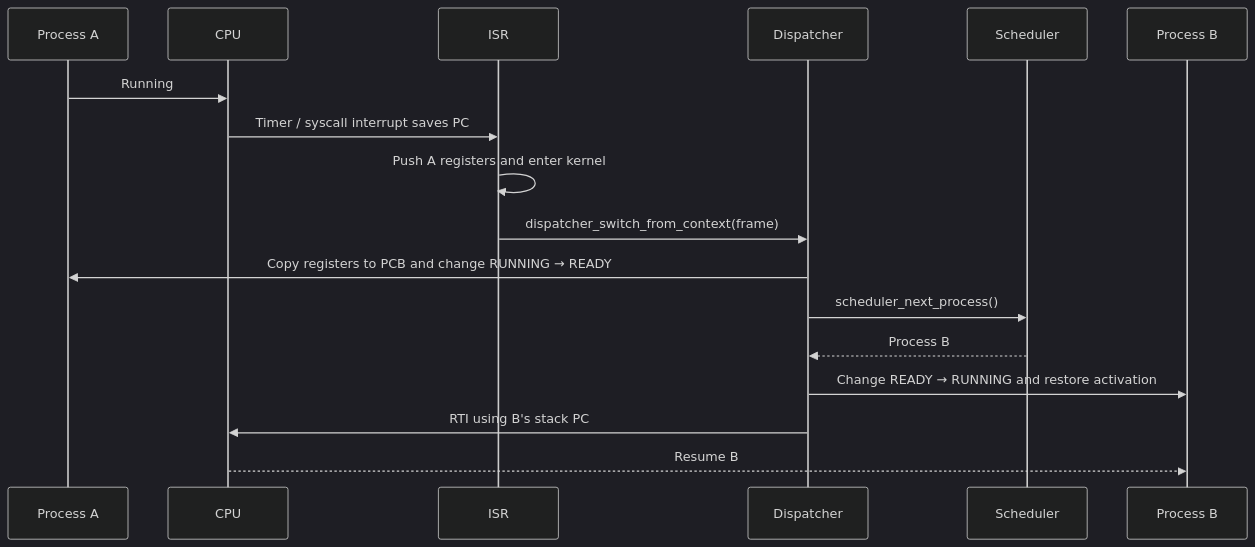
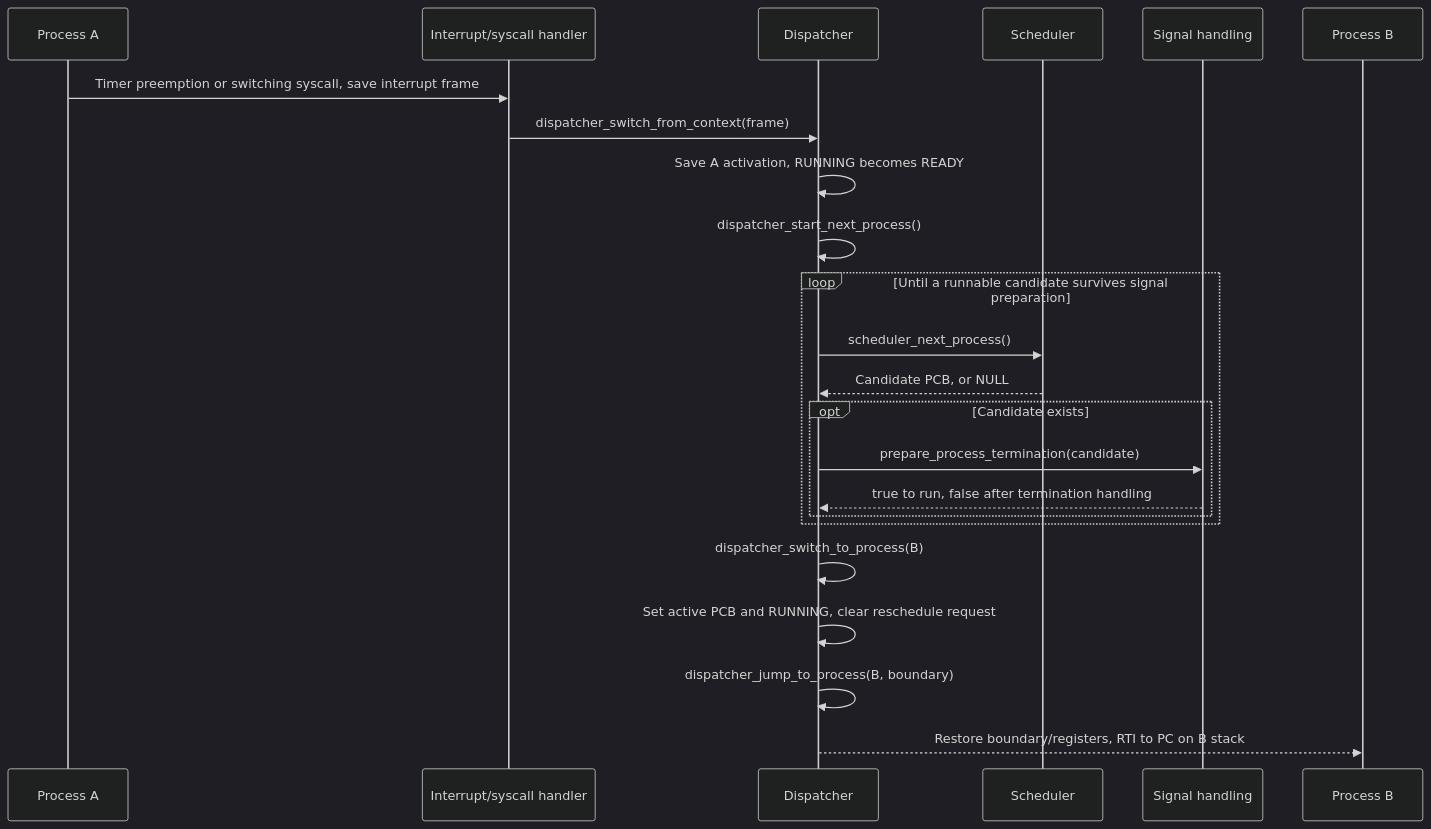
Diagram 16 of 30 in .source/Pico-OS-README.md (matthejue/Pico-OS_Presentation), drawn with Mermaid (dark theme) before and after one commit. The commit also changed other lines of this file and 10 other files, not shown here.

Commit message:
updated the PicoOS presentation to follow the refreshed README structure and content Added visual zoom support, Mermaid rendering, presentation validation, and source review documentation Refreshed presentation styling, metadata, source snapshots, and contributor instructions

````diff
--- a/.source/Pico-OS-README.md
+++ b/.source/Pico-OS-README.md
@@ -2088,20 +2438,26 @@
 ```mermaid
 sequenceDiagram
     participant A as Process A
-    participant CPU
-    participant ISR
+    participant I as Interrupt/syscall handler
     participant D as Dispatcher
     participant S as Scheduler
+    participant G as Signal handling
     participant B as Process B
 
-    A->>CPU: Running
-    CPU->>ISR: Timer / syscall interrupt saves PC
-    ISR->>ISR: Push A registers and enter kernel
-    ISR->>D: dispatcher_switch_from_context(frame)
-    D->>A: Copy registers to PCB and change RUNNING → READY
-    D->>S: scheduler_next_process()
-    S-->>D: Process B
-    D->>B: Change READY → RUNNING and restore activation
-    D->>CPU: RTI using B's stack PC
-    CPU-->>B: Resume B
+    A->>I: Timer preemption or switching syscall, save interrupt frame
+    I->>D: dispatcher_switch_from_context(frame)
+    D->>D: Save A activation, RUNNING becomes READY
+    D->>D: dispatcher_start_next_process()
+    loop Until a runnable candidate survives signal preparation
+        D->>S: scheduler_next_process()
+        S-->>D: Candidate PCB, or NULL
+        opt Candidate exists
+            D->>G: prepare_process_termination(candidate)
+            G-->>D: true to run, false after termination handling
+        end
+    end
+    D->>D: dispatcher_switch_to_process(B)
+    D->>D: Set active PCB and RUNNING, clear reschedule request
+    D->>D: dispatcher_jump_to_process(B, boundary)
+    D-->>B: Restore boundary/registers, RTI to PC on B stack
 ```
````
